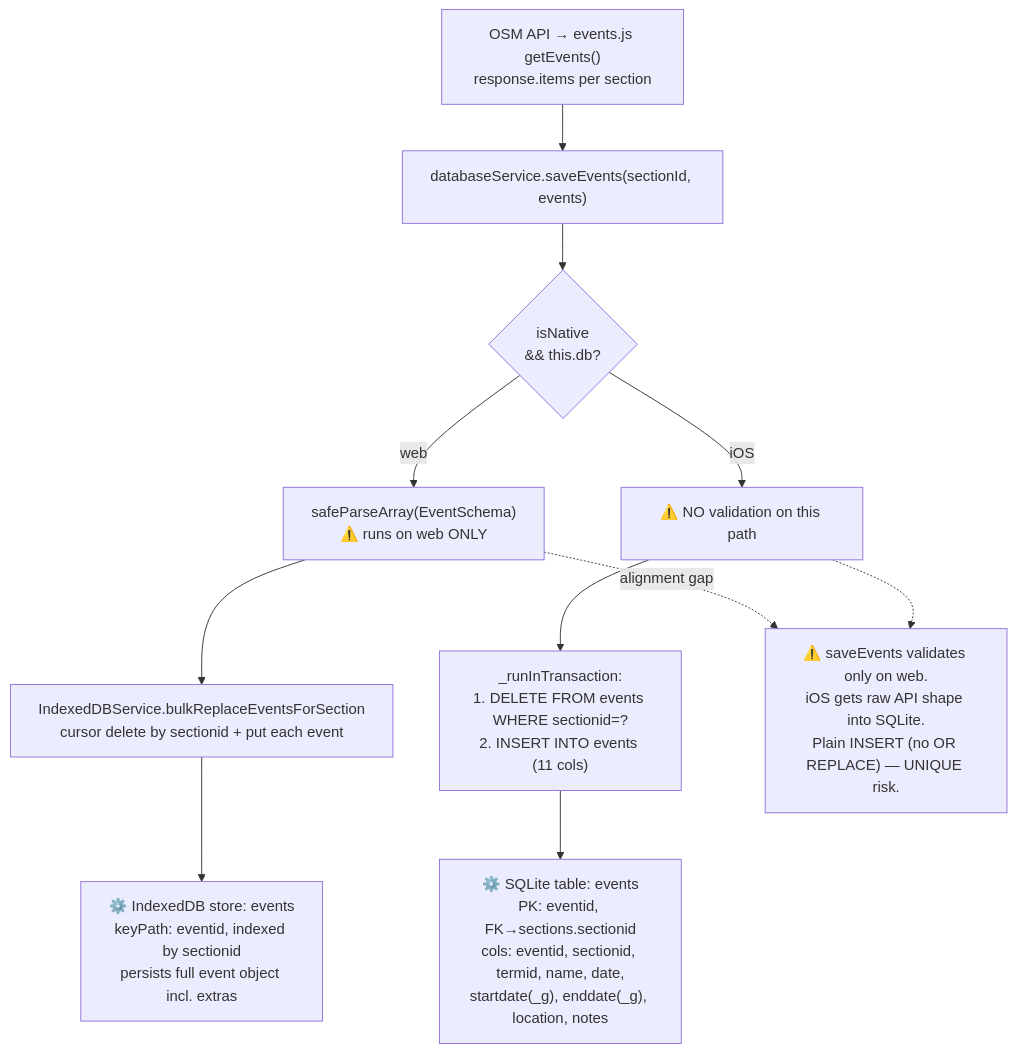
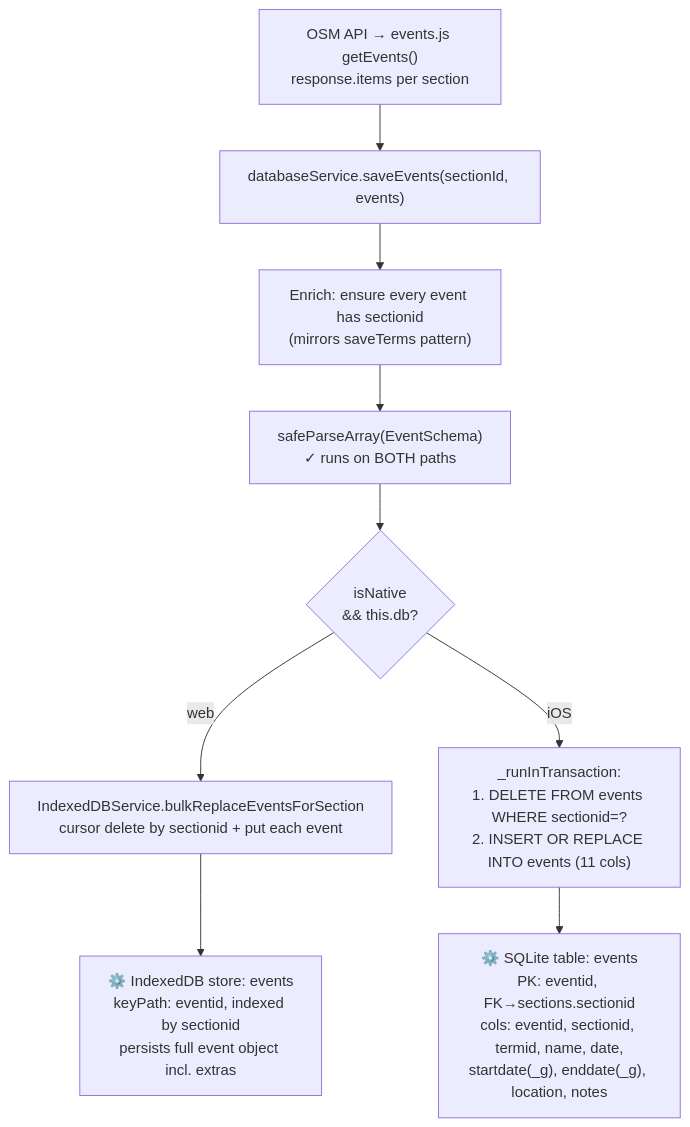
The third of 6 diagrams in docs/architecture/data-flows.md (Walton-Viking-Scouts/VikingsEventMgmt), drawn with Mermaid before and after one commit. The commit also changed other lines of this file and 5 other files, not shown here.

````diff
--- a/docs/architecture/data-flows.md
+++ b/docs/architecture/data-flows.md
@@ -79,17 +79,14 @@
 ```mermaid
 flowchart TB
   API["OSM API → events.js getEvents()<br/>response.items per section"]
   API --> Save["databaseService.saveEvents(sectionId, events)"]
-  Save --> Branch{"isNative<br/>&& this.db?"}
+  Save --> Enrich["Enrich: ensure every event has sectionid<br/>(mirrors saveTerms pattern)"]
+  Enrich --> Validate["safeParseArray(EventSchema)<br/>✓ runs on BOTH paths"]
+  Validate --> Branch{"isNative<br/>&& this.db?"}
 
-  Branch -->|"web"| WebVal["safeParseArray(EventSchema)<br/>⚠️ runs on web ONLY"]
-  WebVal --> IDBOp["IndexedDBService.bulkReplaceEventsForSection<br/>cursor delete by sectionid + put each event"]
+  Branch -->|"web"| IDBOp["IndexedDBService.bulkReplaceEventsForSection<br/>cursor delete by sectionid + put each event"]
   IDBOp --> IDBStore["⚙️ IndexedDB store: events<br/>keyPath: eventid, indexed by sectionid<br/>persists full event object incl. extras"]
 
-  Branch -->|"iOS"| SQLNoVal["⚠️ NO validation on this path"]
-  SQLNoVal --> SQL["_runInTransaction:<br/>1. DELETE FROM events WHERE sectionid=?<br/>2. INSERT INTO events (11 cols)"]
+  Branch -->|"iOS"| SQL["_runInTransaction:<br/>1. DELETE FROM events WHERE sectionid=?<br/>2. INSERT OR REPLACE INTO events (11 cols)"]
   SQL --> SQLTable["⚙️ SQLite table: events<br/>PK: eventid, FK→sections.sectionid<br/>cols: eventid, sectionid, termid, name, date,<br/>startdate(_g), enddate(_g), location, notes"]
-
-  WebVal -.->|"alignment gap"| GAP1["⚠️ saveEvents validates only on web.<br/>iOS gets raw API shape into SQLite.<br/>Plain INSERT (no OR REPLACE) — UNIQUE risk."]
-  SQLNoVal -.-> GAP1
 ```
````
